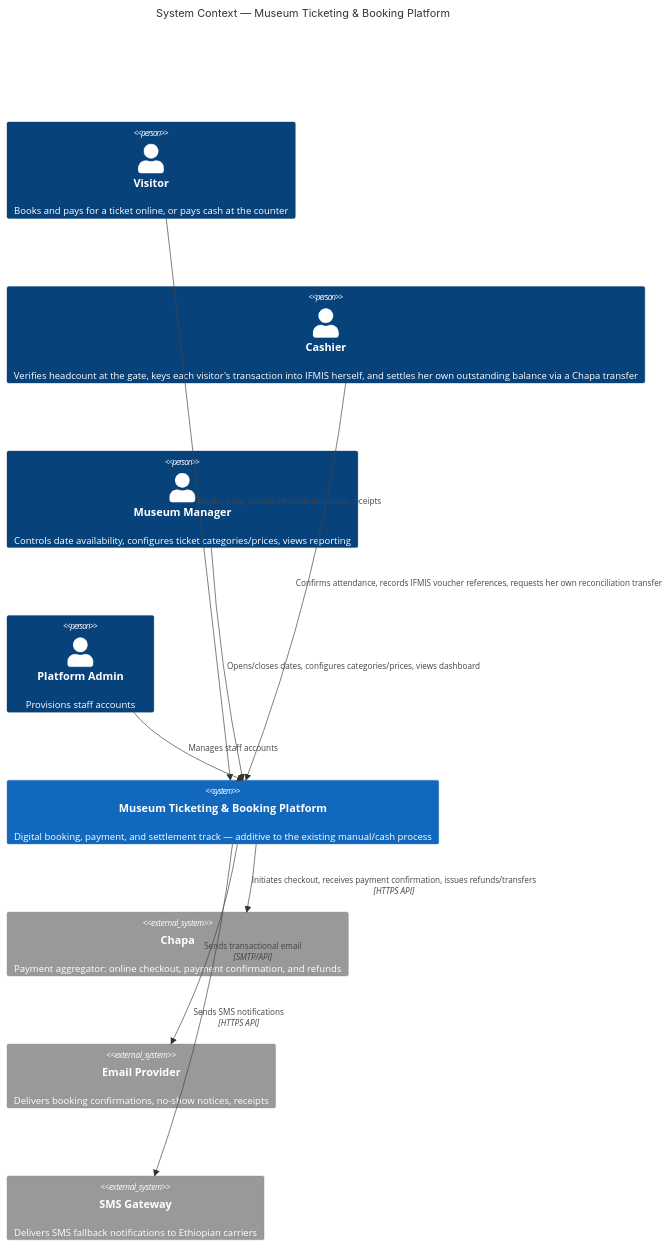
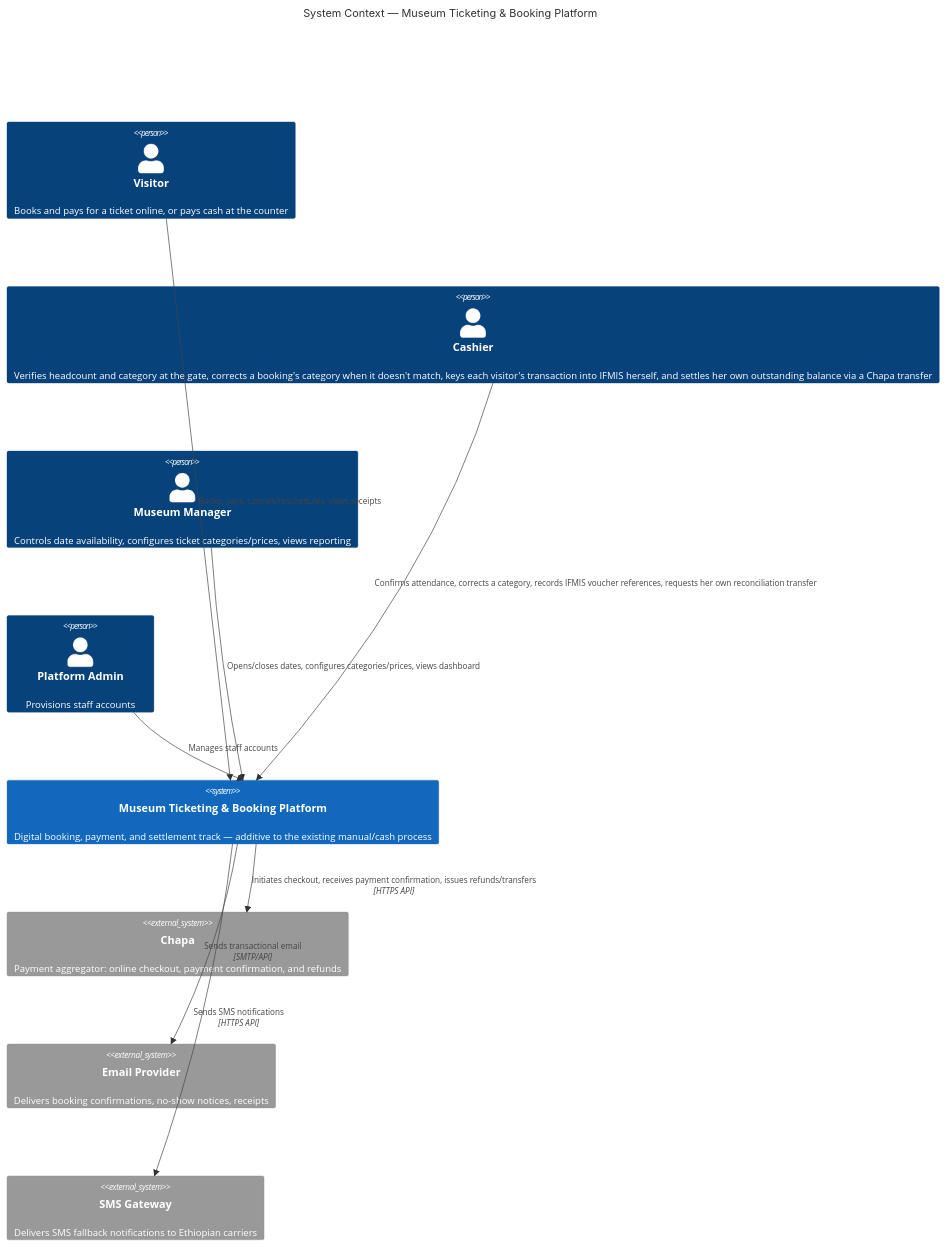
Before and after one commit to TsegayIS122123/museum-ticketing-system: the first of 10 diagrams in docs/03-software-design-specification.md, drawn with Mermaid. The commit also changed 28 other files, not shown here.

First line of the commit message:
Add gate-side category correction (ID-verification addendum)

````diff
--- a/docs/03-software-design-specification.md
+++ b/docs/03-software-design-specification.md
@@ -34,24 +34,24 @@
 ```mermaid
 C4Context
     title System Context — Museum Ticketing & Booking Platform
 
     Person(visitor, "Visitor", "Books and pays for a ticket online, or pays cash at the counter")
-    Person(cashier, "Cashier", "Verifies headcount at the gate, keys each visitor's transaction into IFMIS herself, and settles her own outstanding balance via a Chapa transfer")
+    Person(cashier, "Cashier", "Verifies headcount and category at the gate, corrects a booking's category when it doesn't match, keys each visitor's transaction into IFMIS herself, and settles her own outstanding balance via a Chapa transfer")
     Person(manager, "Museum Manager", "Controls date availability, configures ticket categories/prices, views reporting")
     Person(admin, "Platform Admin", "Provisions staff accounts")
 
     System(platform, "Museum Ticketing & Booking Platform", "Digital booking, payment, and settlement track — additive to the existing manual/cash process")
 
     System_Ext(chapa, "Chapa", "Payment aggregator: online checkout, payment confirmation, and refunds")
     System_Ext(email, "Email Provider", "Delivers booking confirmations, no-show notices, receipts")
     System_Ext(sms, "SMS Gateway", "Delivers SMS fallback notifications to Ethiopian carriers")
 
     Rel(visitor, platform, "Books, pays, cancels/reschedules, views receipts")
-    Rel(cashier, platform, "Confirms attendance, records IFMIS voucher references, requests her own reconciliation transfer")
+    Rel(cashier, platform, "Confirms attendance, corrects a category, records IFMIS voucher references, requests her own reconciliation transfer")
     Rel(manager, platform, "Opens/closes dates, configures categories/prices, views dashboard")
     Rel(admin, platform, "Manages staff accounts")
 
     Rel(platform, chapa, "Initiates checkout, receives payment confirmation, issues refunds/transfers", "HTTPS API")
     Rel(platform, email, "Sends transactional email", "SMTP/API")
     Rel(platform, sms, "Sends SMS notifications", "HTTPS API")
 ```
````
